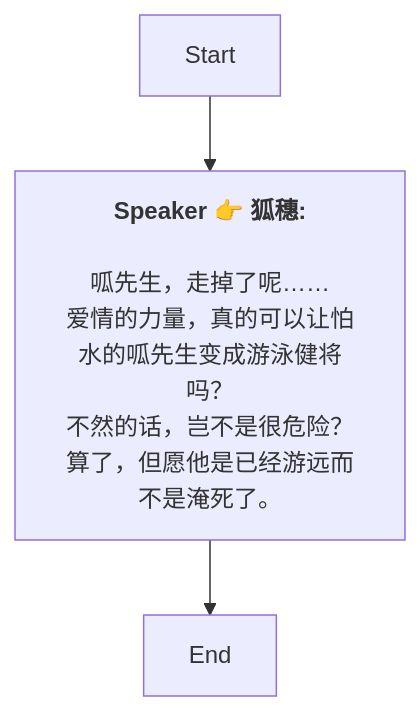
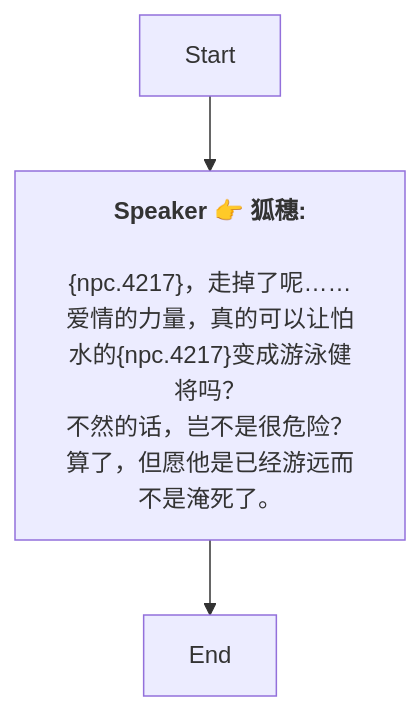
One commit to SoftHu/tos_avg changed the diagram in Zh/AddDialogNode_1739675987714257.md. Above: the diagram before and after it, drawn with Mermaid. The commit also changed 199 other files, not shown here.

````diff
--- a/Zh/AddDialogNode_1739675987714257.md
+++ b/Zh/AddDialogNode_1739675987714257.md
@@ -1,11 +1,11 @@
 ```mermaid
 graph
 Start -->1739676225311956[<b>Speaker 👉 狐穗:</b>
 
-呱先生，走掉了呢……
-爱情的力量，真的可以让怕水的呱先生变成游泳健将吗？
+&lbrace;npc.4217&rbrace;，走掉了呢……
+爱情的力量，真的可以让怕水的&lbrace;npc.4217&rbrace;变成游泳健将吗？
 不然的话，岂不是很危险？
 算了，但愿他是已经游远而不是淹死了。]
 1739676225311956 -->1739676973754581[End]
 
  ```
````
